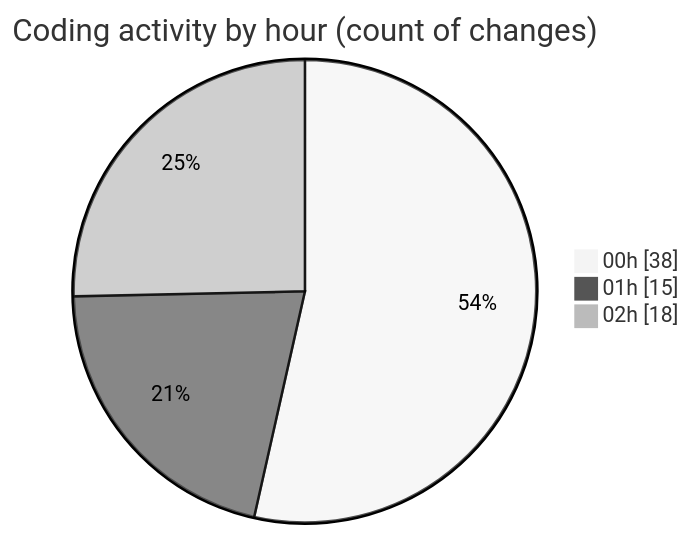
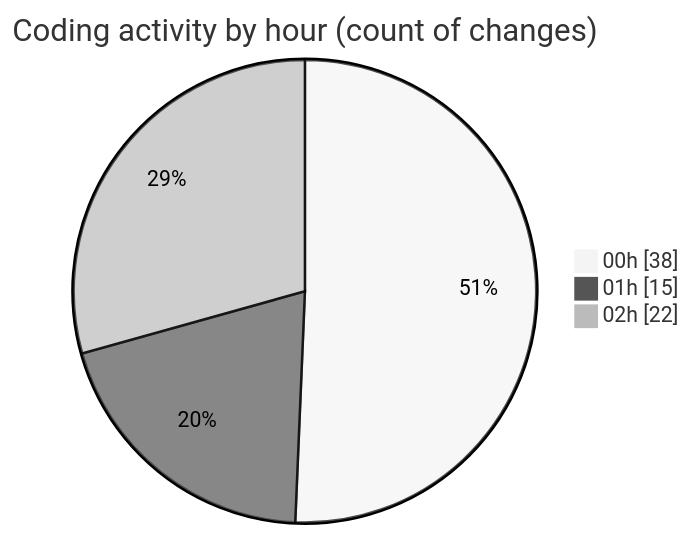
Before and after one commit to donsfak/code-tracking: the second of 2 diagrams in 2025-03-08/uber_clone/README.md, drawn with Mermaid (neutral theme). The commit also changed other lines of this file and 1 other file, not shown here.

````diff
--- a/2025-03-08/uber_clone/README.md
+++ b/2025-03-08/uber_clone/README.md
@@ -34,7 +34,7 @@
 ```mermaid
 pie showData
 title Coding activity by hour (count of changes)
 "00h" : 38
 "01h" : 15
-"02h" : 18
+"02h" : 22
 ```
````
